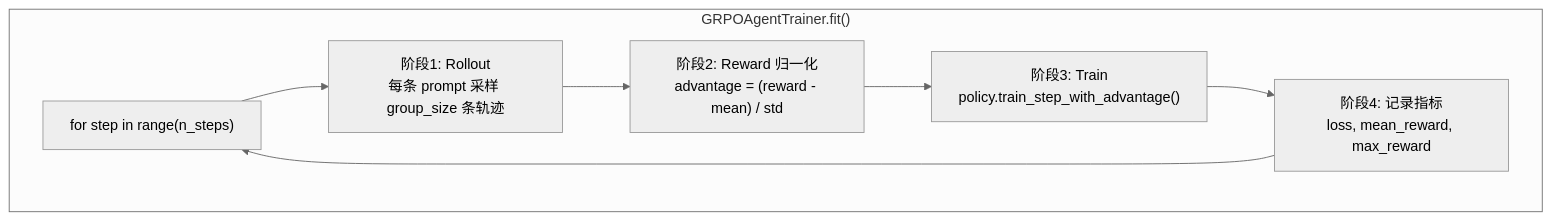
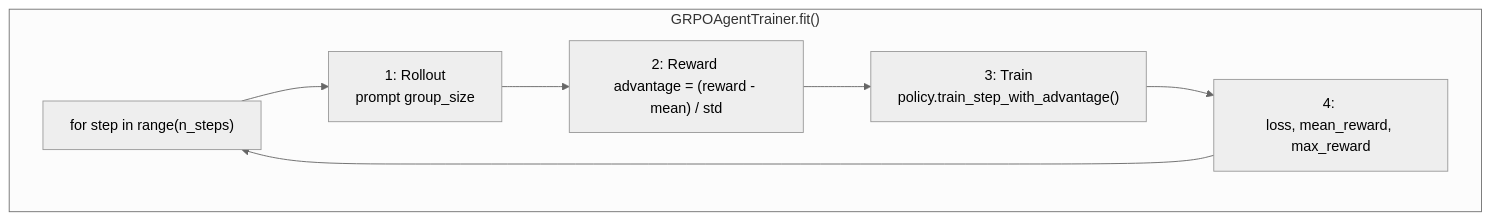
The eighth of 9 diagrams in docs/chapter10_agentic_rl/build-agentic-training-system.md (letslego/hands-on-modern-rl), drawn with Mermaid (neutral theme) before and after one commit. The commit also changed other lines of this file and 267 other files, not shown here.

````diff
--- a/docs/chapter10_agentic_rl/build-agentic-training-system.md
+++ b/docs/chapter10_agentic_rl/build-agentic-training-system.md
@@ -584,10 +584,10 @@
 ```mermaid
 flowchart TD
     subgraph Trainer["GRPOAgentTrainer.fit()"]
-        Start["for step in range(n_steps)"] --> Rollout["阶段1: Rollout<br/>每条 prompt 采样 group_size 条轨迹"]
-        Rollout --> Reward["阶段2: Reward 归一化<br/>advantage = (reward - mean) / std"]
-        Reward --> Train["阶段3: Train<br/>policy.train_step_with_advantage()"]
-        Train --> Log["阶段4: 记录指标<br/>loss, mean_reward, max_reward"]
+        Start["for step in range(n_steps)"] --> Rollout["1: Rollout<br/> prompt  group_size "]
+        Rollout --> Reward["2: Reward <br/>advantage = (reward - mean) / std"]
+        Reward --> Train["3: Train<br/>policy.train_step_with_advantage()"]
+        Train --> Log["4: <br/>loss, mean_reward, max_reward"]
         Log --> Start
     end
 ```
````
